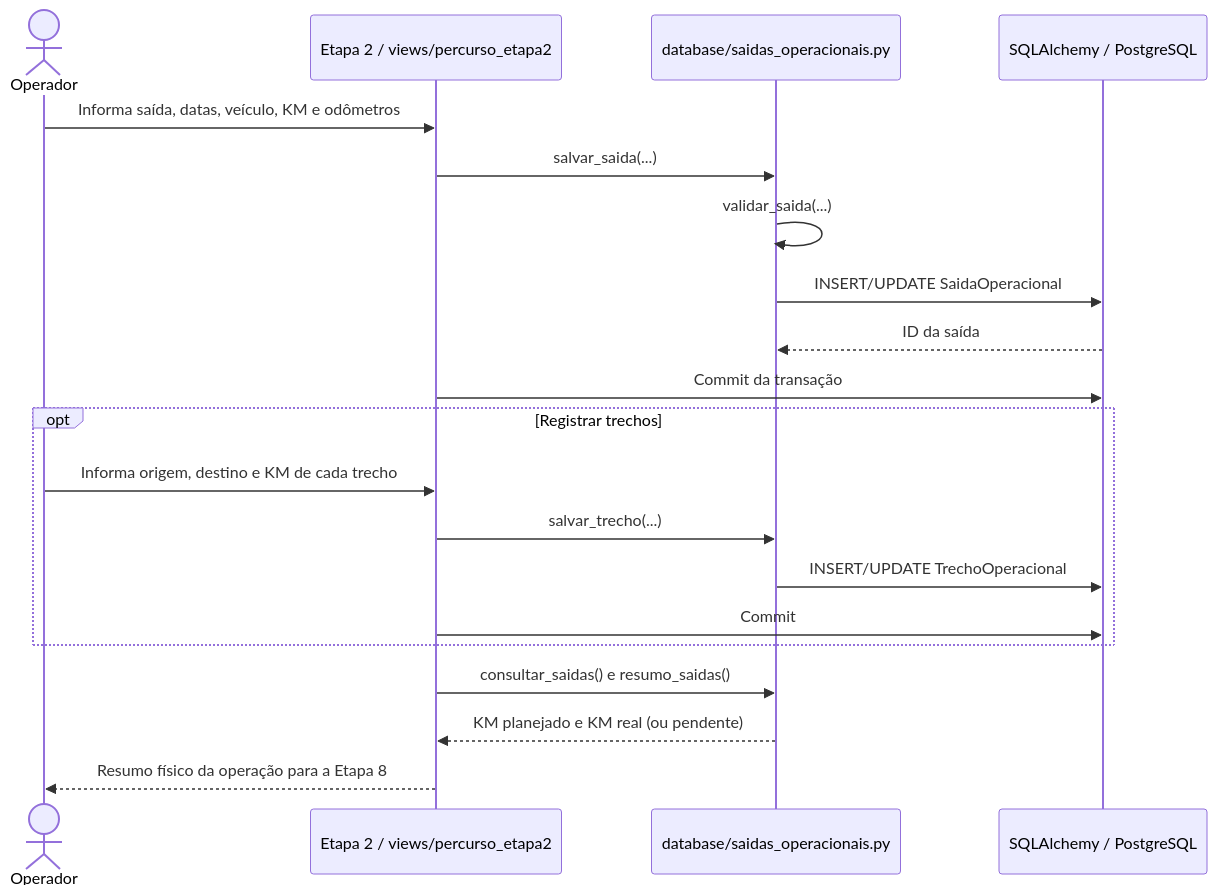
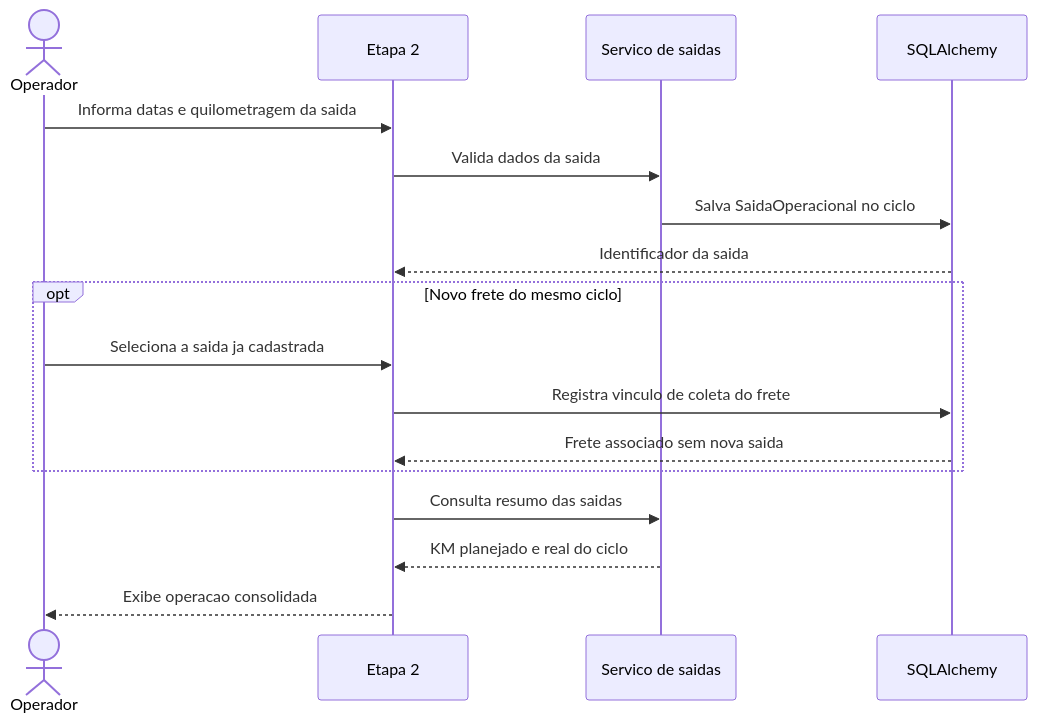
Before and after one commit to felpontes98/faeg-logistica-app: the third of 3 diagrams in docs/diagramas/sequencias.md, drawn with Mermaid. The commit also changed other lines of this file and 27 other files, not shown here.

````diff
--- a/docs/diagramas/sequencias.md
+++ b/docs/diagramas/sequencias.md
@@ -60,22 +69,19 @@
 ```mermaid
 sequenceDiagram
     actor Operador
-    participant UI as Etapa 2 / views/percurso_etapa2
-    participant S as database/saidas_operacionais.py
-    participant DB as SQLAlchemy / PostgreSQL
-    Operador->>UI: Informa saída, datas, veículo, KM e odômetros
-    UI->>S: salvar_saida(...)
-    S->>S: validar_saida(...)
-    S->>DB: INSERT/UPDATE SaidaOperacional
-    DB-->>S: ID da saída
-    UI->>DB: Commit da transação
-    opt Registrar trechos
-        Operador->>UI: Informa origem, destino e KM de cada trecho
-        UI->>S: salvar_trecho(...)
-        S->>DB: INSERT/UPDATE TrechoOperacional
-        UI->>DB: Commit
+    participant UI as Etapa 2
+    participant S as Servico de saidas
+    participant ORM as SQLAlchemy
+    Operador->>UI: Informa datas e quilometragem da saida
+    UI->>S: Valida dados da saida
+    S->>ORM: Salva SaidaOperacional no ciclo
+    ORM-->>UI: Identificador da saida
+    opt Novo frete do mesmo ciclo
+        Operador->>UI: Seleciona a saida ja cadastrada
+        UI->>ORM: Registra vinculo de coleta do frete
+        ORM-->>UI: Frete associado sem nova saida
     end
-    UI->>S: consultar_saidas() e resumo_saidas()
-    S-->>UI: KM planejado e KM real (ou pendente)
-    UI-->>Operador: Resumo físico da operação para a Etapa 8
+    UI->>S: Consulta resumo das saidas
+    S-->>UI: KM planejado e real do ciclo
+    UI-->>Operador: Exibe operacao consolidada
 ```
````
